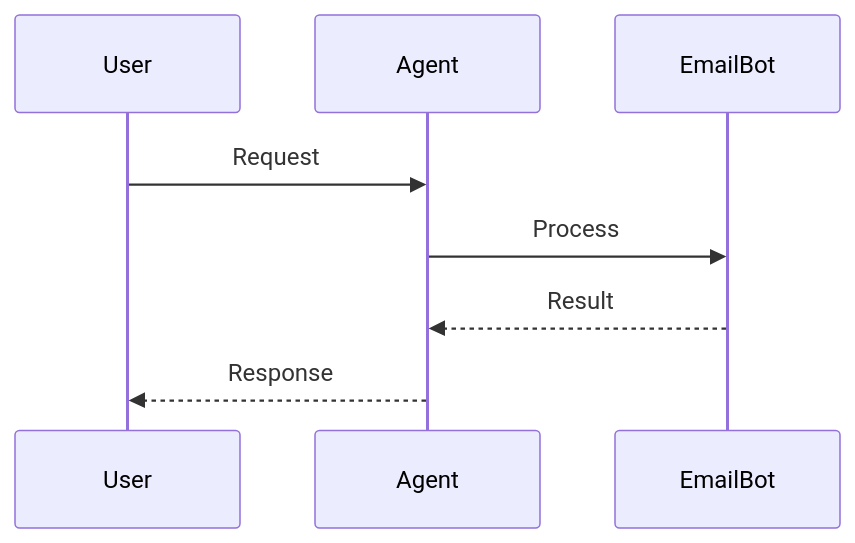
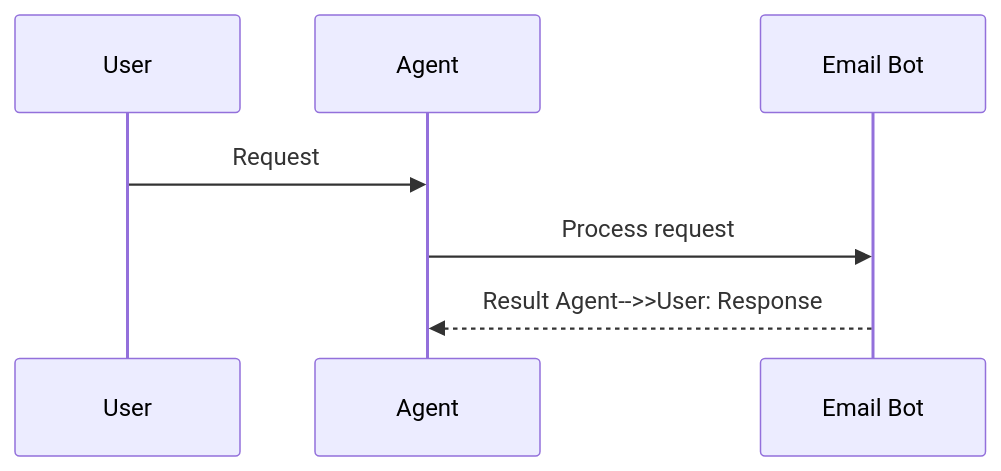
One commit to MervinPraison/PraisonAIDocs changed the second of 3 diagrams in docs/features/email-bot.mdx. Above: the diagram before and after it, drawn with Mermaid. The commit also changed 204 other files, not shown here.

First line of the commit message:
docs: align feature/tool pages with AGENTS.md hero + sequence + import standards (fixes #1775)

````diff
--- a/docs/features/email-bot.mdx
+++ b/docs/features/email-bot.mdx
@@ -49,11 +49,10 @@
 ```mermaid
 sequenceDiagram
     participant User
     participant Agent
-    participant EmailBot
+    participant Feature as Email Bot
 
     User->>Agent: Request
-    Agent->>EmailBot: Process
-    EmailBot-->>Agent: Result
-    Agent-->>User: Response
+    Agent->>Feature: Process request
+    Feature-->>Agent: Result    Agent-->>User: Response
 ```
````
